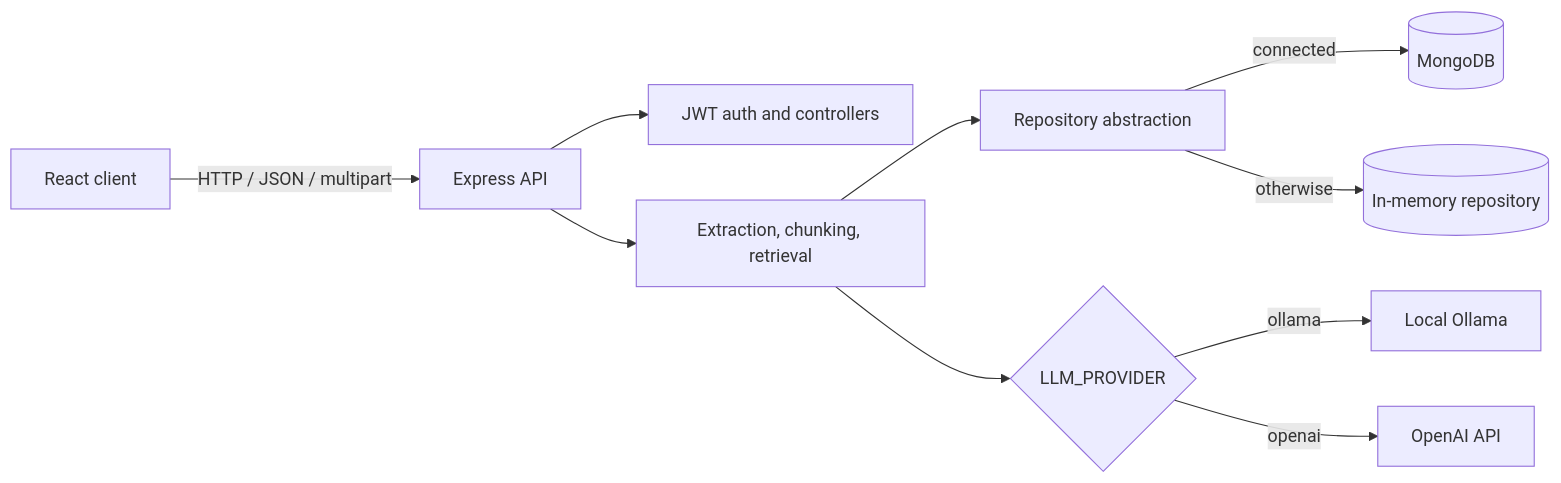
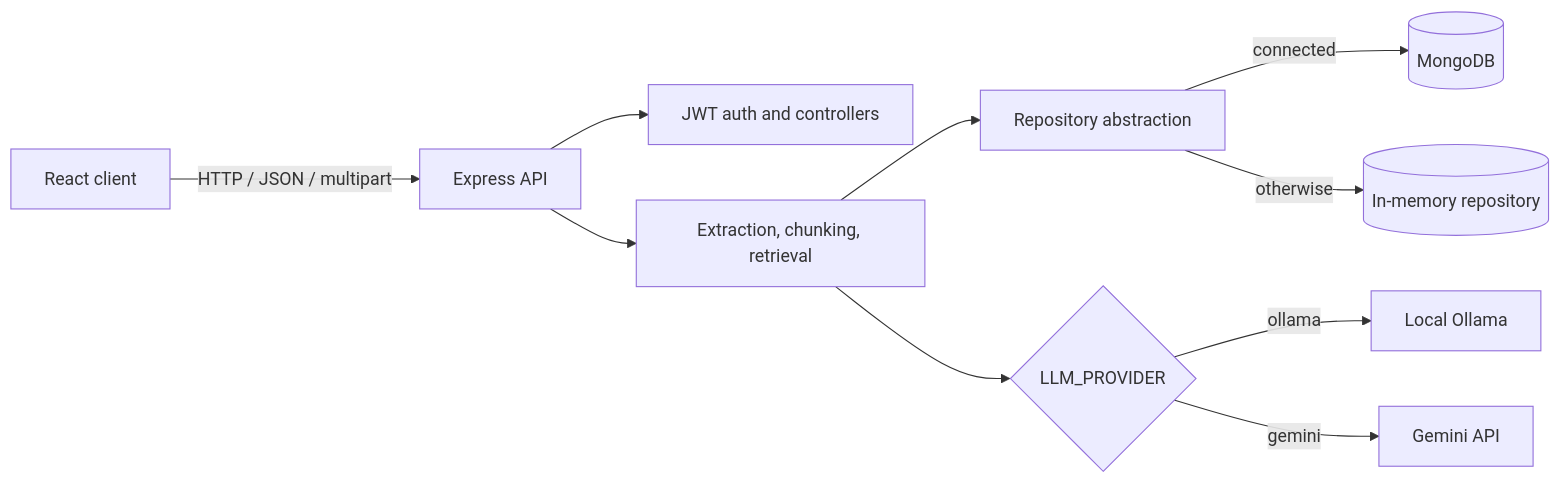
The diagram in README.md (chirag11365/NeuroFlow-AI), drawn with Mermaid before and after one commit. The commit also changed other lines of this file and 6 other files, not shown here.

````diff
--- a/README.md
+++ b/README.md
@@ -27,12 +27,12 @@
 ```mermaid
 flowchart LR
   Browser[React client] -->|HTTP / JSON / multipart| API[Express API]
   API --> Auth[JWT auth and controllers]
   API --> Ingest[Extraction, chunking, retrieval]
   Ingest --> Repo[Repository abstraction]
   Repo -->|connected| Mongo[(MongoDB)]
   Repo -->|otherwise| Memory[(In-memory repository)]
   Ingest --> AI{LLM_PROVIDER}
   AI -->|ollama| Ollama[Local Ollama]
-  AI -->|openai| OpenAI[OpenAI API]
+  AI -->|gemini| Gemini[Gemini API]
 ```
````
